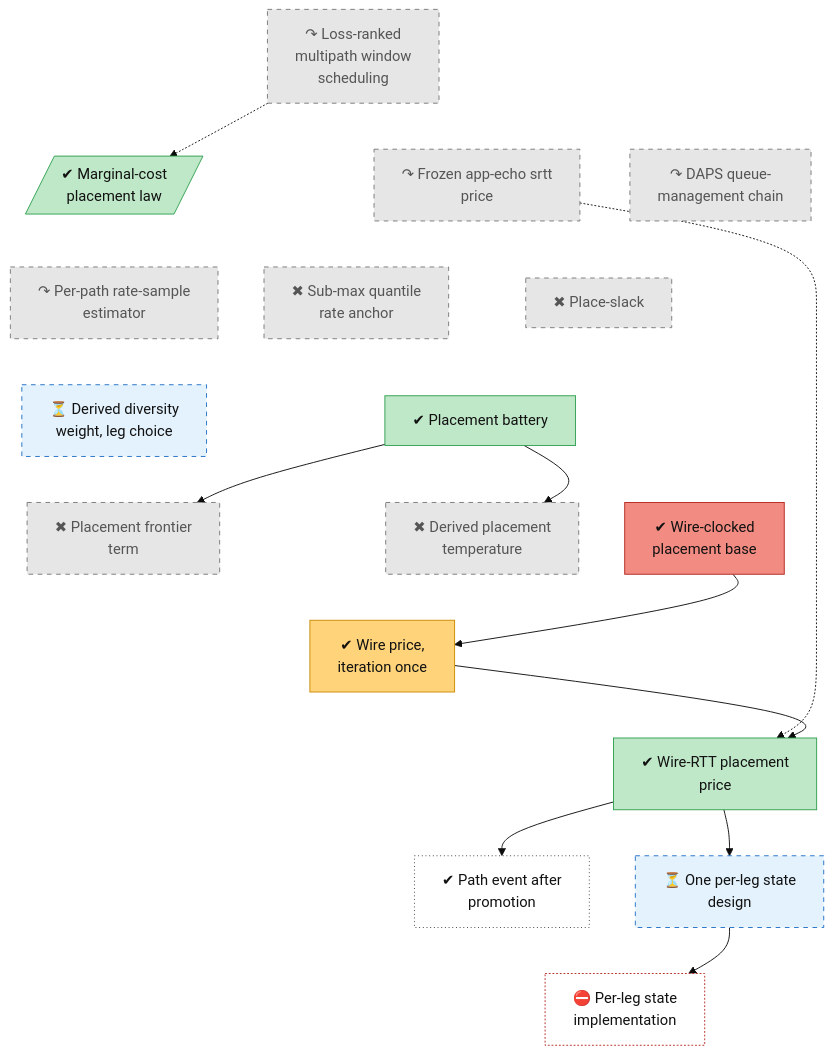
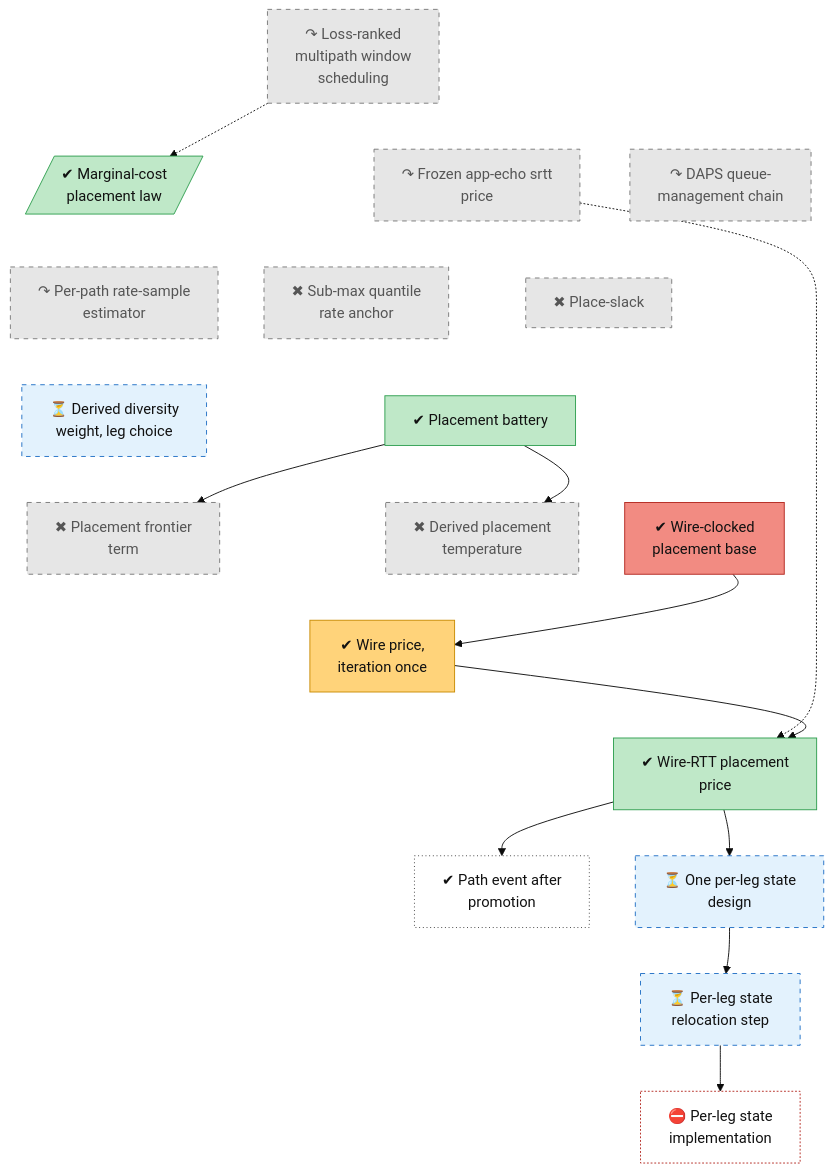
The diagram in docs/roadmap/tracks/place.md (lhns/raptorpath), drawn with Mermaid (base theme) before and after one commit. The commit also changed other lines of this file and 10 other files, not shown here.

````diff
--- a/docs/roadmap/tracks/place.md
+++ b/docs/roadmap/tracks/place.md
@@ -10,69 +10,72 @@
 ```mermaid
 flowchart TB
     place_early_window_sched["↷ Loss-ranked<br/>multipath window<br/>scheduling"]
     place_marginal_cost[/"✔ Marginal-cost<br/>placement law"/]
     place_frozen_echo["↷ Frozen app-echo srtt<br/>price"]
     place_daps["↷ DAPS queue-<br/>management chain"]
     place_rate_sample["↷ Per-path rate-sample<br/>estimator"]
     place_submax_anchor["✖ Sub-max quantile<br/>rate anchor"]
     place_slack["✖ Place-slack"]
     place_wdiv["⏳ Derived diversity<br/>weight, leg choice"]
     place_stage2_battery["✔ Placement battery"]
     place_hol["✖ Placement frontier<br/>term"]
     place_t_derived["✖ Derived placement<br/>temperature"]
     place_s38_wire["✔ Wire-clocked<br/>placement base"]
     place_s41_iteration["✔ Wire price,<br/>iteration once"]
     place_wire_price["✔ Wire-RTT placement<br/>price"]
     place_path_event["✔ Path event after<br/>promotion"]
     place_per_leg_state["⏳ One per-leg state<br/>design"]
+    place_per_leg_relocate["⏳ Per-leg state<br/>relocation step"]
     place_per_leg_impl["⛔ Per-leg state<br/>implementation"]
     place_early_window_sched ~~~ place_marginal_cost
     place_early_window_sched ~~~ place_frozen_echo
     place_early_window_sched ~~~ place_daps
     place_marginal_cost ~~~ place_rate_sample
     place_frozen_echo ~~~ place_submax_anchor
     place_daps ~~~ place_slack
     place_rate_sample ~~~ place_wdiv
     place_submax_anchor ~~~ place_stage2_battery
     place_slack ~~~ place_stage2_battery
     place_wdiv ~~~ place_hol
     place_stage2_battery ~~~ place_t_derived
     place_stage2_battery ~~~ place_s38_wire
     place_hol ~~~ place_s41_iteration
     place_t_derived ~~~ place_s41_iteration
     place_s38_wire ~~~ place_s41_iteration
     place_s41_iteration ~~~ place_wire_price
     place_wire_price ~~~ place_path_event
     place_wire_price ~~~ place_per_leg_state
-    place_path_event ~~~ place_per_leg_impl
-    place_per_leg_state ~~~ place_per_leg_impl
+    place_path_event ~~~ place_per_leg_relocate
+    place_per_leg_state ~~~ place_per_leg_relocate
+    place_per_leg_relocate ~~~ place_per_leg_impl
     place_early_window_sched -.-> place_marginal_cost
     place_frozen_echo -.-> place_wire_price
     place_stage2_battery --> place_hol
     place_stage2_battery --> place_t_derived
     place_s38_wire --> place_s41_iteration
     place_s41_iteration --> place_wire_price
     place_wire_price --> place_path_event
     place_wire_price --> place_per_leg_state
-    place_per_leg_state --> place_per_leg_impl
+    place_per_leg_state --> place_per_leg_relocate
+    place_per_leg_relocate --> place_per_leg_impl
     classDef vsucc fill:#2e9e4f,stroke:#1b6b34,color:#fff
     classDef succ fill:#bfe8c8,stroke:#2e9e4f,color:#111
     classDef mixed fill:#ffd37a,stroke:#c98a00,color:#111
     classDef bad fill:#f28b82,stroke:#b3261e,color:#111
     classDef dead fill:#e6e6e6,stroke:#777,stroke-dasharray:5 5,color:#555
     classDef inprog fill:#a8cdf5,stroke:#1f6fc5,color:#111
     classDef next fill:#fff,stroke:#333,color:#111
     classDef blocked fill:#fff,stroke:#b3261e,stroke-dasharray:2 2,color:#111
     classDef parked fill:#f3f3f3,stroke:#999,color:#555
     classDef unrated fill:#fff,stroke:#333,stroke-dasharray:1 3,color:#111
     classDef userdec fill:#d9c2f0,stroke:#7b3fb5,color:#111
     classDef defect fill:#ffe0b2,stroke:#d84315,stroke-width:2px,color:#111
     classDef waiting fill:#e3f2fd,stroke:#1f6fc5,stroke-dasharray:5 5,color:#111
     class place_early_window_sched,place_frozen_echo,place_daps,place_rate_sample,place_submax_anchor,place_slack,place_hol,place_t_derived dead
     class place_marginal_cost,place_stage2_battery,place_wire_price succ
-    class place_wdiv,place_per_leg_state waiting
+    class place_wdiv,place_per_leg_state,place_per_leg_relocate waiting
     class place_s38_wire bad
     class place_s41_iteration mixed
     class place_path_event unrated
     class place_per_leg_impl blocked
 ```
````
